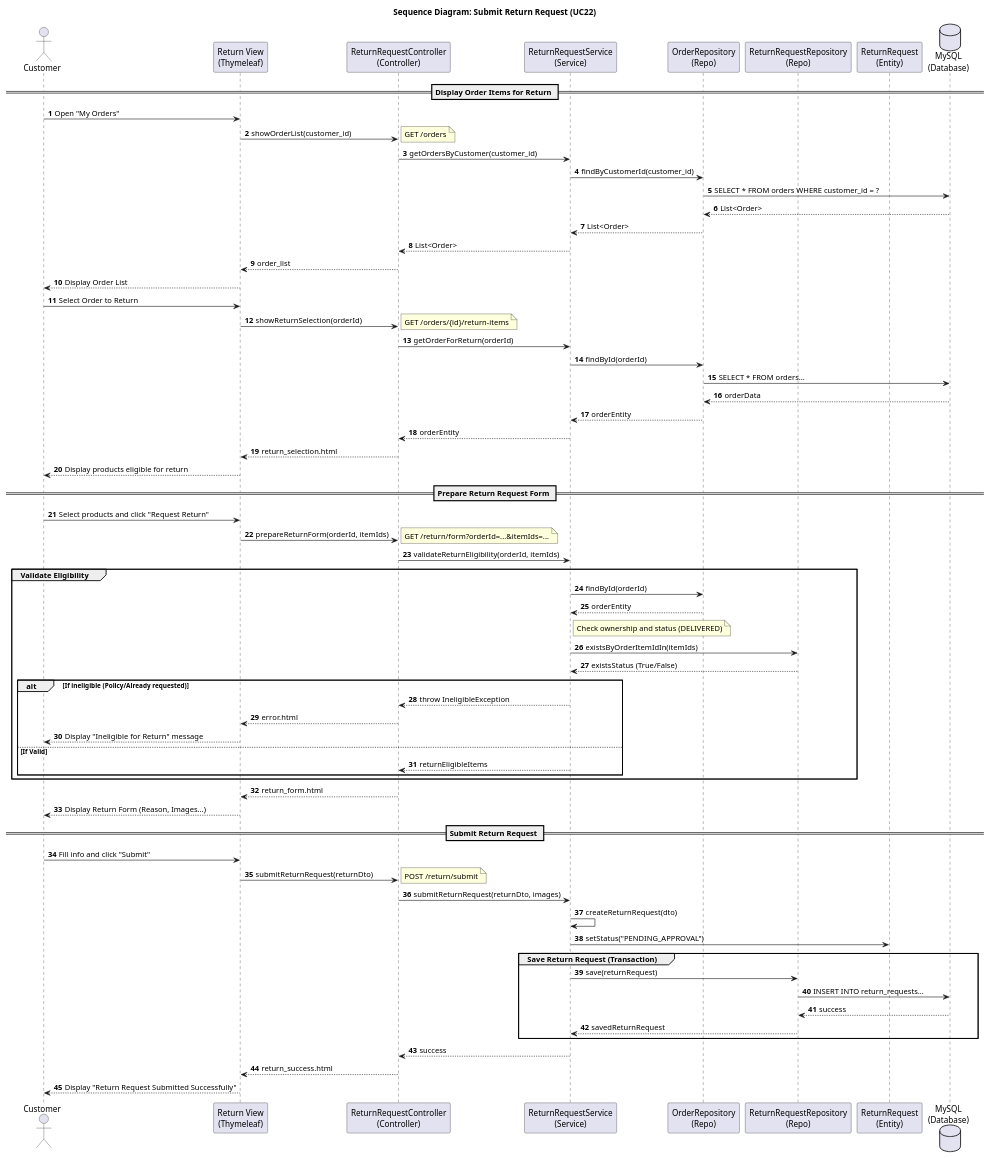
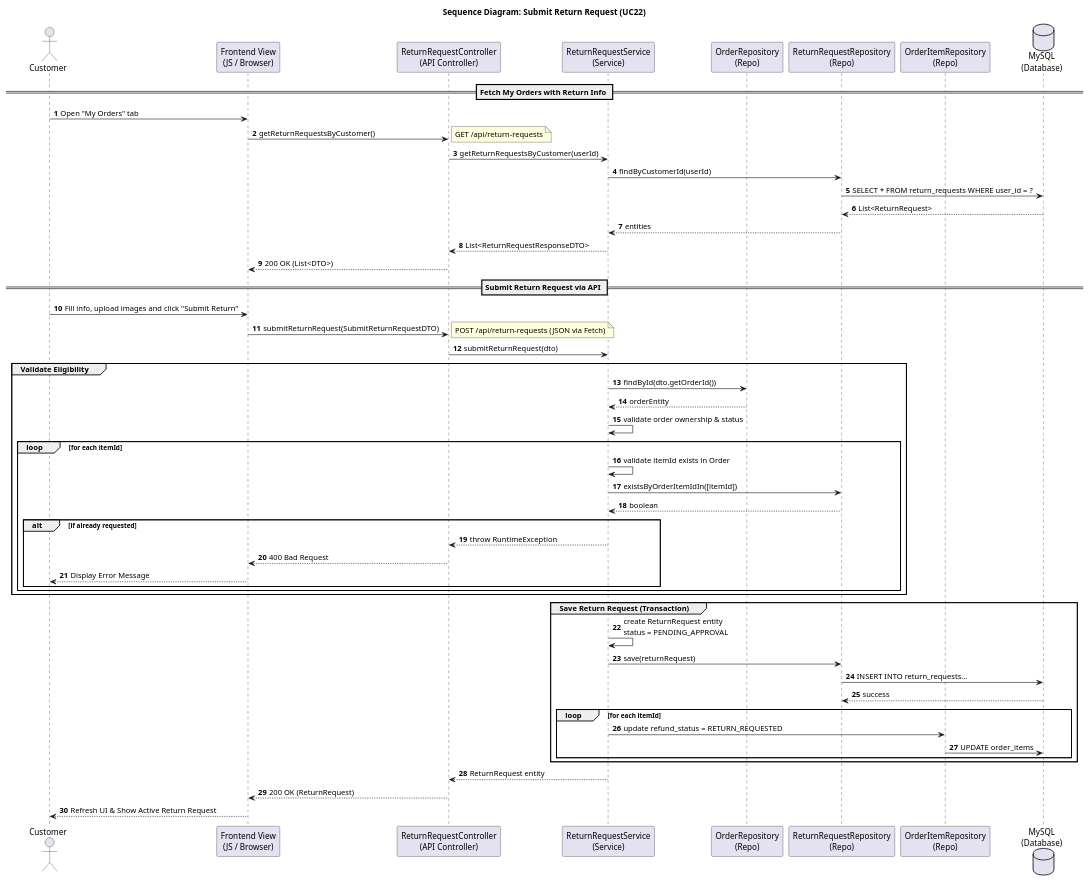
The diagram in src/main/java/org/example/fashionstoresystem/uml/Sequence/SD22_SubmitReturnRequest.puml (Peterdir/fashion-store-system), drawn with PlantUML before and after one commit. The commit also changed 31 other files, not shown here.

Commit message:
Update uml

```diff
--- a/src/main/java/org/example/fashionstoresystem/uml/Sequence/SD22_SubmitReturnRequest.puml
+++ b/src/main/java/org/example/fashionstoresystem/uml/Sequence/SD22_SubmitReturnRequest.puml
@@ -1,88 +1,68 @@
 @startuml
 title Sequence Diagram: Submit Return Request (UC22)
 
 autonumber
 actor Customer
-participant "Return View\n(Thymeleaf)" as View
-participant "ReturnRequestController\n(Controller)" as Controller
+participant "Frontend View\n(JS / Browser)" as View
+participant "ReturnRequestController\n(API Controller)" as Controller
 participant "ReturnRequestService\n(Service)" as Service
 participant "OrderRepository\n(Repo)" as OrderRepo
 participant "ReturnRequestRepository\n(Repo)" as ReturnRepo
-participant "ReturnRequest\n(Entity)" as Entity
+participant "OrderItemRepository\n(Repo)" as ItemRepo
 database "MySQL\n(Database)" as DB
 
-== Display Order Items for Return ==
+== Fetch My Orders with Return Info ==
 
-Customer -> View : Open "My Orders"
-View -> Controller : showOrderList(customer_id)
-note right: GET /orders
-Controller -> Service : getOrdersByCustomer(customer_id)
-Service -> OrderRepo : findByCustomerId(customer_id)
-OrderRepo -> DB : SELECT * FROM orders WHERE customer_id = ?
-DB --> OrderRepo : List<Order>
-OrderRepo --> Service : List<Order>
-Service --> Controller : List<Order>
-Controller --> View : order_list
-View --> Customer : Display Order List
+Customer -> View : Open "My Orders" tab
+View -> Controller : getReturnRequestsByCustomer()
+note right: GET /api/return-requests
+Controller -> Service : getReturnRequestsByCustomer(userId)
+Service -> ReturnRepo : findByCustomerId(userId)
+ReturnRepo -> DB : SELECT * FROM return_requests WHERE user_id = ?
+DB --> ReturnRepo : List<ReturnRequest>
+ReturnRepo --> Service : entities
+Service --> Controller : List<ReturnRequestResponseDTO>
+Controller --> View : 200 OK (List<DTO>)
 
-Customer -> View : Select Order to Return
-View -> Controller : showReturnSelection(orderId)
-note right: GET /orders/{id}/return-items
-Controller -> Service : getOrderForReturn(orderId)
-Service -> OrderRepo : findById(orderId)
-OrderRepo -> DB : SELECT * FROM orders...
-DB --> OrderRepo : orderData
-OrderRepo --> Service : orderEntity
-Service --> Controller : orderEntity
-Controller --> View : return_selection.html
-View --> Customer : Display products eligible for return
+== Submit Return Request via API ==
 
-== Prepare Return Request Form ==
-Customer -> View : Select products and click "Request Return"
-View -> Controller : prepareReturnForm(orderId, itemIds)
-note right: GET /return/form?orderId=...&itemIds=...
-Controller -> Service : validateReturnEligibility(orderId, itemIds)
+Customer -> View : Fill info, upload images and click "Submit Return"
+View -> Controller : submitReturnRequest(SubmitReturnRequestDTO)
+note right: POST /api/return-requests (JSON via Fetch)
+Controller -> Service : submitReturnRequest(dto)
 
 group Validate Eligibility
-    Service -> OrderRepo : findById(orderId)
+    Service -> OrderRepo : findById(dto.getOrderId())
     OrderRepo --> Service : orderEntity
     
-    Note right of Service: Check ownership and status (DELIVERED)
-
-    ' Kiểm tra đã có yêu cầu hoàn trả cho các sản phẩm trước đó chưa
-    Service -> ReturnRepo : existsByOrderItemIdIn(itemIds)
-    ReturnRepo --> Service : existsStatus (True/False)
+    Service -> Service : validate order ownership & status
     
-    alt If ineligible (Policy/Already requested)
-        Service --> Controller : throw IneligibleException
-        Controller --> View : error.html
-        View --> Customer : Display "Ineligible for Return" message
-    else If Valid
-        Service --> Controller : returnEligibleItems
+    loop for each itemId
+        Service -> Service : validate itemId exists in Order
+        Service -> ReturnRepo : existsByOrderItemIdIn([itemId])
+        ReturnRepo --> Service : boolean
+        alt if already requested
+            Service --> Controller : throw RuntimeException
+            Controller --> View : 400 Bad Request
+            View --> Customer : Display Error Message
+        end
     end
 end
 
-Controller --> View : return_form.html
-View --> Customer : Display Return Form (Reason, Images...)
-
-== Submit Return Request ==
-Customer -> View : Fill info and click "Submit"
-View -> Controller : submitReturnRequest(returnDto)
-note right: POST /return/submit
-Controller -> Service : submitReturnRequest(returnDto, images)
-
-Service -> Service : createReturnRequest(dto)
-Service -> Entity : setStatus("PENDING_APPROVAL")
-
 group Save Return Request (Transaction)
+    Service -> Service : create ReturnRequest entity\nstatus = PENDING_APPROVAL
     Service -> ReturnRepo : save(returnRequest)
     ReturnRepo -> DB : INSERT INTO return_requests...
     DB --> ReturnRepo : success
-    ReturnRepo --> Service : savedReturnRequest
+    
+    loop for each itemId
+        Service -> ItemRepo : update refund_status = RETURN_REQUESTED
+        ItemRepo -> DB : UPDATE order_items
+    end
 end
 
-Service --> Controller : success
-Controller --> View : return_success.html
-View --> Customer : Display "Return Request Submitted Successfully"
+Service --> Controller : ReturnRequest entity
+Controller --> View : 200 OK (ReturnRequest)
+View --> Customer : Refresh UI & Show Active Return Request
 
 @enduml
```
